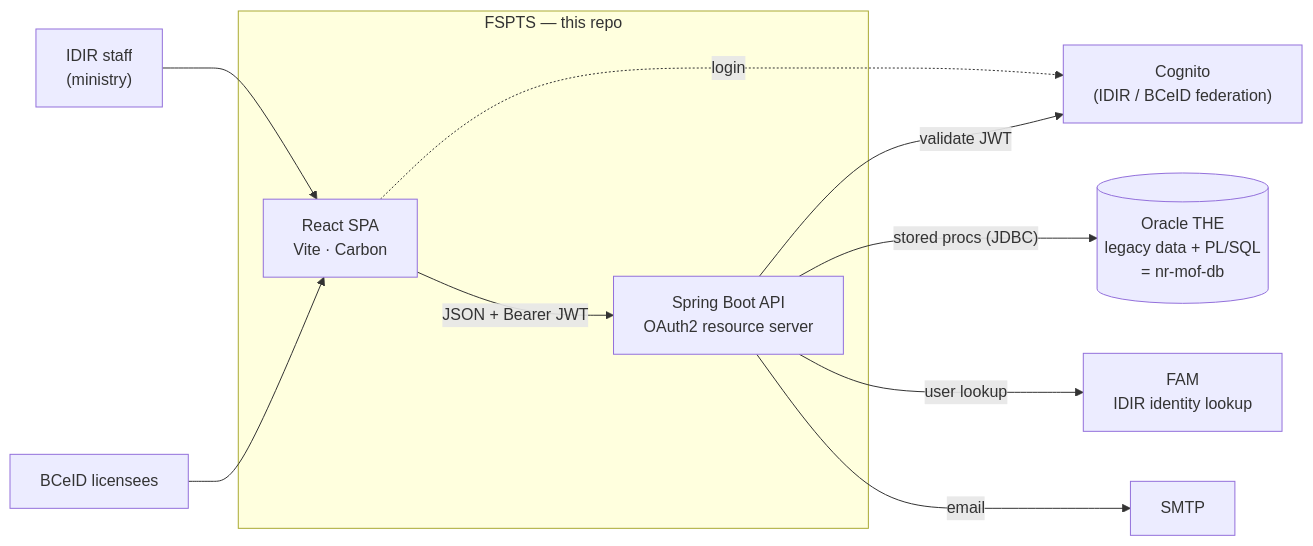
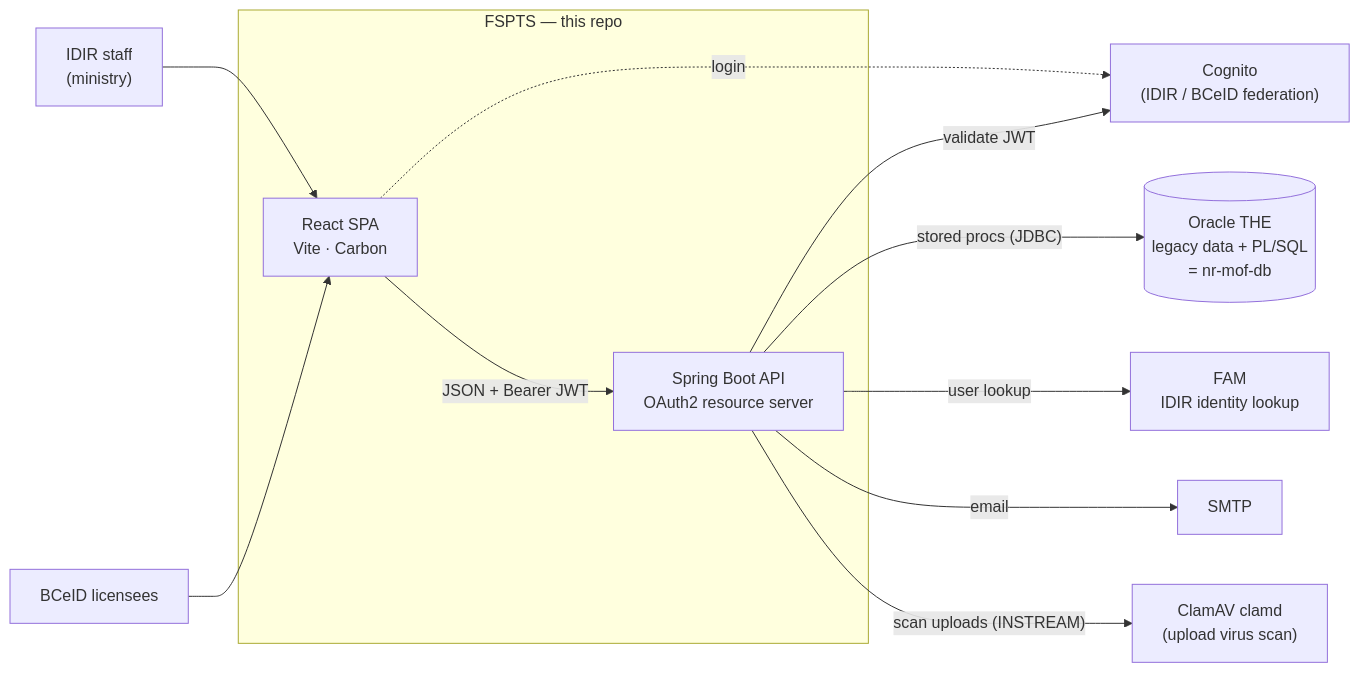
Before and after one commit to bcgov/nr-fspts: the first of 2 diagrams in docs/architecture.md, drawn with Mermaid. The commit also changed other lines of this file and 34 other files, not shown here.

Commit message:
feat: added virus scan

````diff
--- a/docs/architecture.md
+++ b/docs/architecture.md
@@ -26,23 +26,25 @@
 ```mermaid
 flowchart LR
     idir["IDIR staff<br/>(ministry)"]
     bceid["BCeID licensees"]
 
     subgraph fsp["FSPTS — this repo"]
         spa["React SPA<br/>Vite · Carbon"]
         api["Spring Boot API<br/>OAuth2 resource server"]
     end
 
     cognito["Cognito<br/>(IDIR / BCeID federation)"]
     oracle[("Oracle THE<br/>legacy data + PL/SQL<br/>= nr-mof-db")]
     fam["FAM<br/>IDIR identity lookup"]
     smtp["SMTP"]
+    clamav["ClamAV clamd<br/>(upload virus scan)"]
 
     idir & bceid --> spa
     spa -- "JSON + Bearer JWT" --> api
     spa -. "login" .-> cognito
     api -- "validate JWT" --> cognito
     api -- "stored procs (JDBC)" --> oracle
     api -- "user lookup" --> fam
     api -- "email" --> smtp
+    api -- "scan uploads (INSTREAM)" --> clamav
 ```
````
